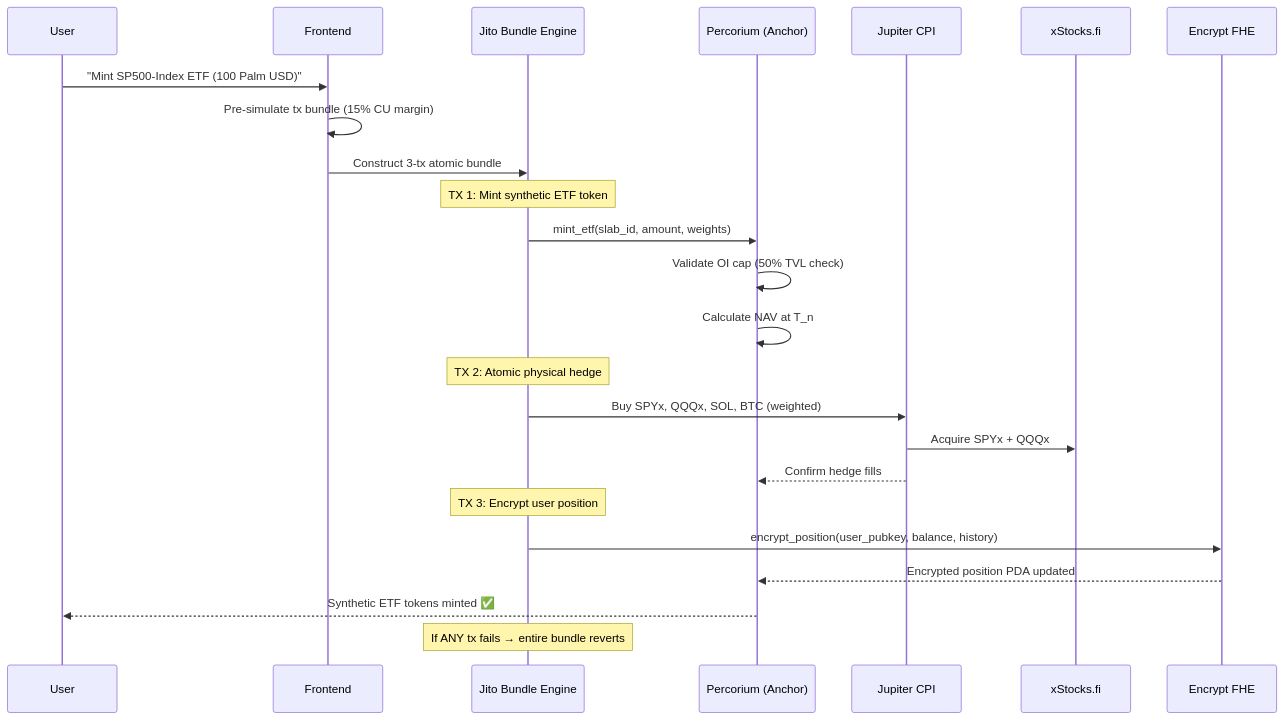
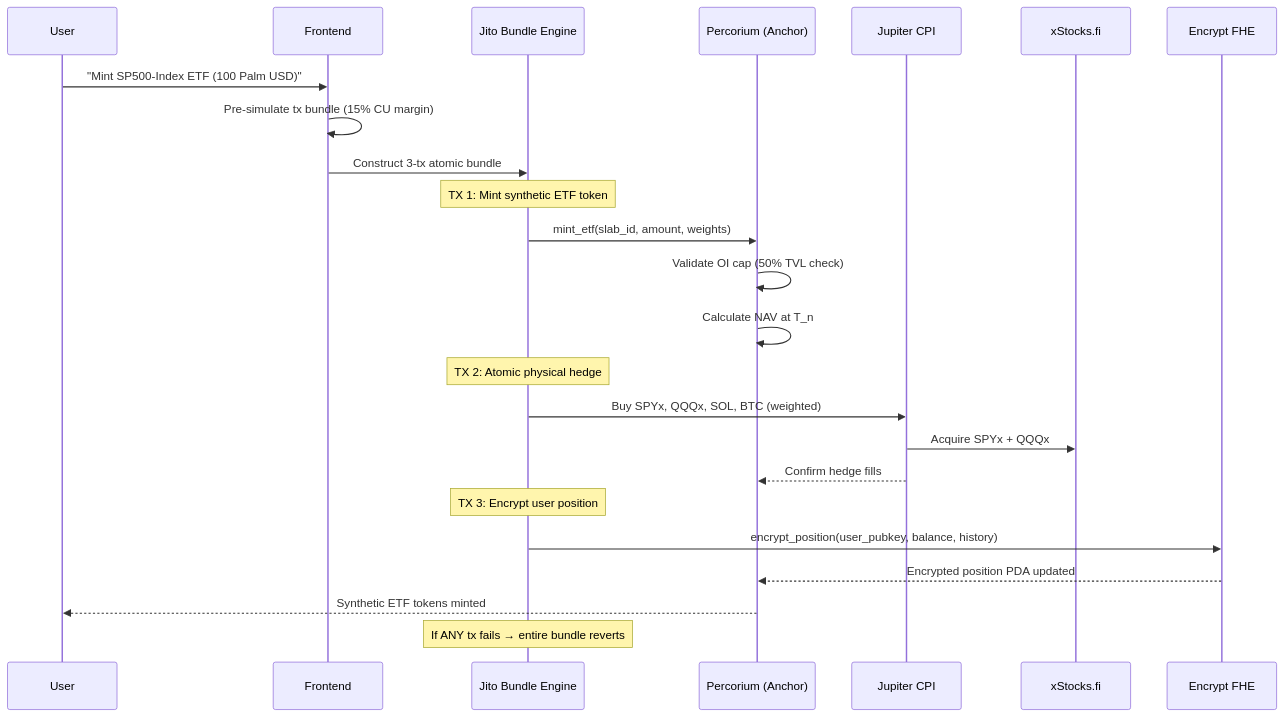
Before and after one commit to thetruesammyjay/Percorium: the third of 7 diagrams in README.md, drawn with Mermaid. The commit also changed other lines of this file and 2 other files, not shown here.

````diff
--- a/README.md
+++ b/README.md
@@ -156,32 +156,32 @@
 ```mermaid
 sequenceDiagram
     participant User
     participant Frontend
     participant JitoBundle as Jito Bundle Engine
     participant PercoriumProgram as Percorium (Anchor)
     participant JupiterCPI as Jupiter CPI
     participant xStocks as xStocks.fi
     participant EncryptFHE as Encrypt FHE
 
     User->>Frontend: "Mint SP500-Index ETF (100 Palm USD)"
     Frontend->>Frontend: Pre-simulate tx bundle (15% CU margin)
     Frontend->>JitoBundle: Construct 3-tx atomic bundle
     
     Note over JitoBundle: TX 1: Mint synthetic ETF token
     JitoBundle->>PercoriumProgram: mint_etf(slab_id, amount, weights)
     PercoriumProgram->>PercoriumProgram: Validate OI cap (50% TVL check)
     PercoriumProgram->>PercoriumProgram: Calculate NAV at T_n
     
     Note over JitoBundle: TX 2: Atomic physical hedge
     JitoBundle->>JupiterCPI: Buy SPYx, QQQx, SOL, BTC (weighted)
     JupiterCPI->>xStocks: Acquire SPYx + QQQx
     JupiterCPI-->>PercoriumProgram: Confirm hedge fills
 
     Note over JitoBundle: TX 3: Encrypt user position
     JitoBundle->>EncryptFHE: encrypt_position(user_pubkey, balance, history)
     EncryptFHE-->>PercoriumProgram: Encrypted position PDA updated
     
-    PercoriumProgram-->>User: Synthetic ETF tokens minted ✅
+    PercoriumProgram-->>User: Synthetic ETF tokens minted 
     
     Note over JitoBundle: If ANY tx fails → entire bundle reverts
 ```
````
